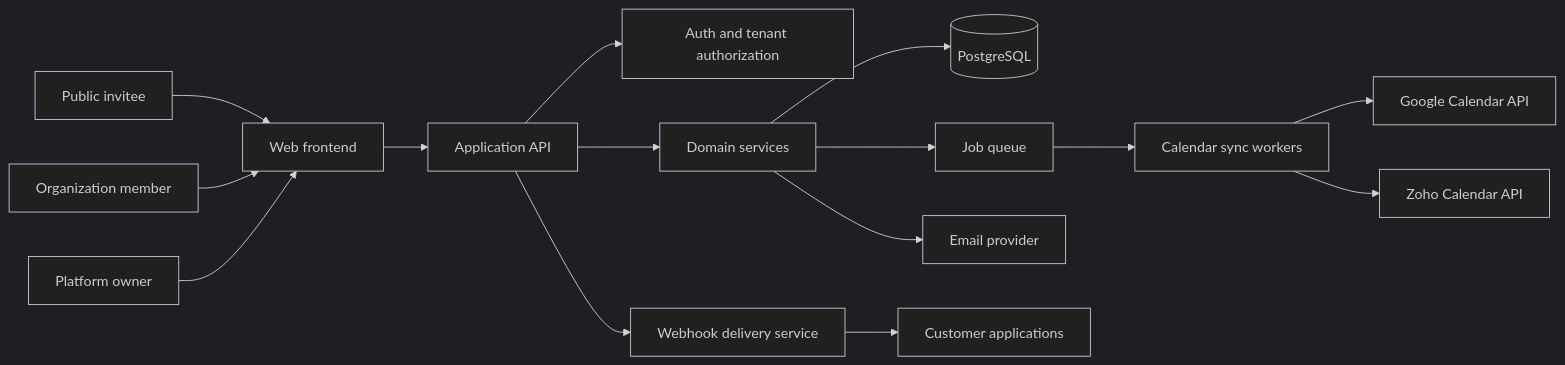
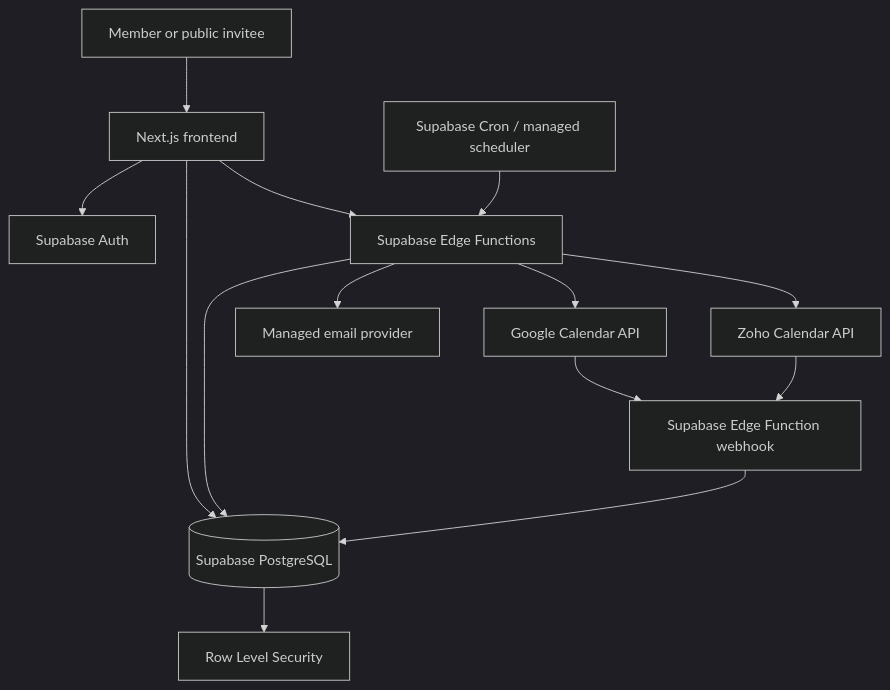
Before and after one commit to Srbh007/EG-Calendar: the diagram in docs/architecture.md, drawn with Mermaid (dark theme). The commit also changed other lines of this file and 10 other files, not shown here.

````diff
--- a/docs/architecture.md
+++ b/docs/architecture.md
@@ -39,17 +64,16 @@
 ```mermaid
-flowchart LR
-  Invitee[Public invitee] --> Web[Web frontend]
-  Member[Organization member] --> Web
-  Owner[Platform owner] --> Web
-  Web --> API[Application API]
-  API --> Auth[Auth and tenant authorization]
-  API --> Services[Domain services]
-  Services --> DB[(PostgreSQL)]
-  Services --> Queue[Job queue]
-  Queue --> Sync[Calendar sync workers]
-  Sync --> Google[Google Calendar API]
-  Sync --> Zoho[Zoho Calendar API]
-  Services --> Mail[Email provider]
-  API --> Hooks[Webhook delivery service]
-  Hooks --> External[Customer applications]
+flowchart TD
+  User[Member or public invitee] --> UI[Next.js frontend]
+  UI --> Auth[Supabase Auth]
+  UI --> DB[(Supabase PostgreSQL)]
+  DB --> RLS[Row Level Security]
+  UI --> EF[Supabase Edge Functions]
+  EF --> DB
+  EF --> Google[Google Calendar API]
+  EF --> Zoho[Zoho Calendar API]
+  EF --> Email[Managed email provider]
+  Cron[Supabase Cron / managed scheduler] --> EF
+  Google --> Hook[Supabase Edge Function webhook]
+  Zoho --> Hook
+  Hook --> DB
 ```
````
